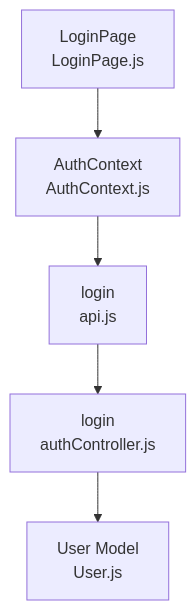
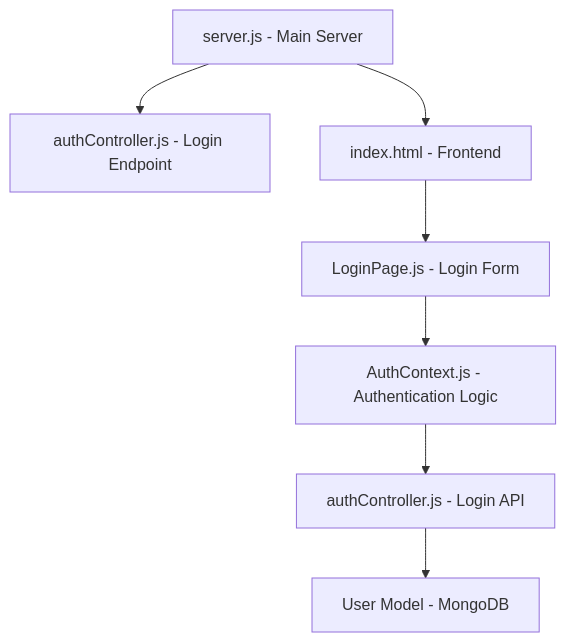
Before and after one commit to SamikshaSahu20/Jira_autonomous_coder: the diagram in output/ASK-771/flowchart_ASK-771.md, drawn with Mermaid. The commit also changed 3150 other files, not shown here.

````diff
--- a/output/ASK-771/flowchart_ASK-771.md
+++ b/output/ASK-771/flowchart_ASK-771.md
@@ -3,19 +3,14 @@
 ```mermaid
 graph TD
-    A["LoginPage<br/>LoginPage.js"]
-    B["AuthContext<br/>AuthContext.js"]
-    C["login<br/>api.js"]
-    D["login<br/>authController.js"]
-    E["User Model<br/>User.js"]
-
-    A --> B
-    B --> C
-    C --> D
-    D --> E
-
-    click A "client/src/pages/LoginPage.js#L1" "Open LoginPage.js"
-    click B "client/src/context/AuthContext.js#L1" "Open AuthContext.js"
-    click C "client/src/utils/api.js#L1" "Open api.js"
-    click D "controllers/authController.js#L1" "Open authController.js"
-    click E "models/User.js#L1" "Open User.js"
+    A["server.js - Main Server"] --> B["authController.js - Login Endpoint"]
+    A --> C["index.html - Frontend"]
+    C --> D["LoginPage.js - Login Form"]
+    D --> E["AuthContext.js - Authentication Logic"]
+    E --> F["authController.js - Login API"]
+    F --> G["User Model - MongoDB"]
+    click A "server.js#L1" "Open server.js"
+    click B "authController.js#L1" "Open authController.js"
+    click C "index.html#L1" "Open index.html"
+    click D "LoginPage.js#L1" "Open LoginPage.js"
+    click E "AuthContext.js#L1" "Open AuthContext.js"
 ```
````
